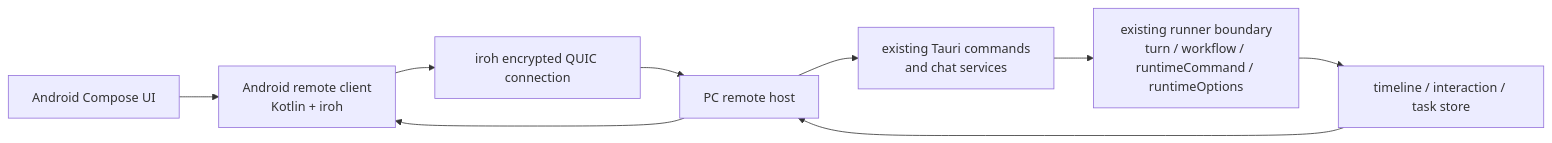
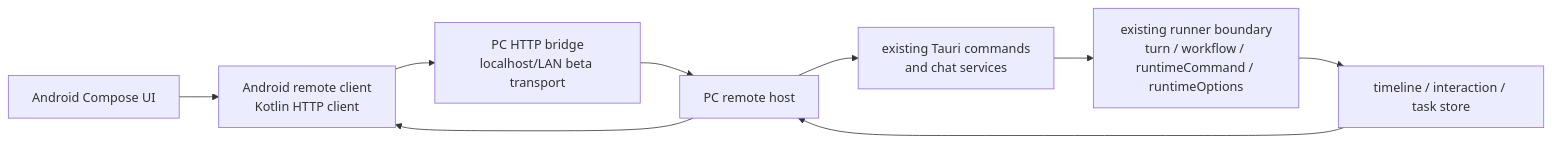
Before and after one commit to sena-nana/LiliaCode: the diagram in docs/design/android-remote-control.md, drawn with Mermaid. The commit also changed other lines of this file and 5 other files, not shown here.

Commit message:
对齐 Android 远控 beta 边界

````diff
--- a/docs/design/android-remote-control.md
+++ b/docs/design/android-remote-control.md
@@ -29,11 +29,11 @@
 ```mermaid
 flowchart LR
-  Android["Android Compose UI"] --> Client["Android remote client\nKotlin + iroh"]
-  Client --> Iroh["iroh encrypted QUIC connection"]
-  Iroh --> Host["PC remote host"]
+  Android["Android Compose UI"] --> Client["Android remote client\nKotlin HTTP client"]
+  Client --> Bridge["PC HTTP bridge\nlocalhost/LAN beta transport"]
+  Bridge --> Host["PC remote host"]
   Host --> Commands["existing Tauri commands\nand chat services"]
   Commands --> Runner["existing runner boundary\nturn / workflow / runtimeCommand / runtimeOptions"]
   Runner --> Timeline["timeline / interaction / task store"]
   Timeline --> Host
   Host --> Client
 ```
````
